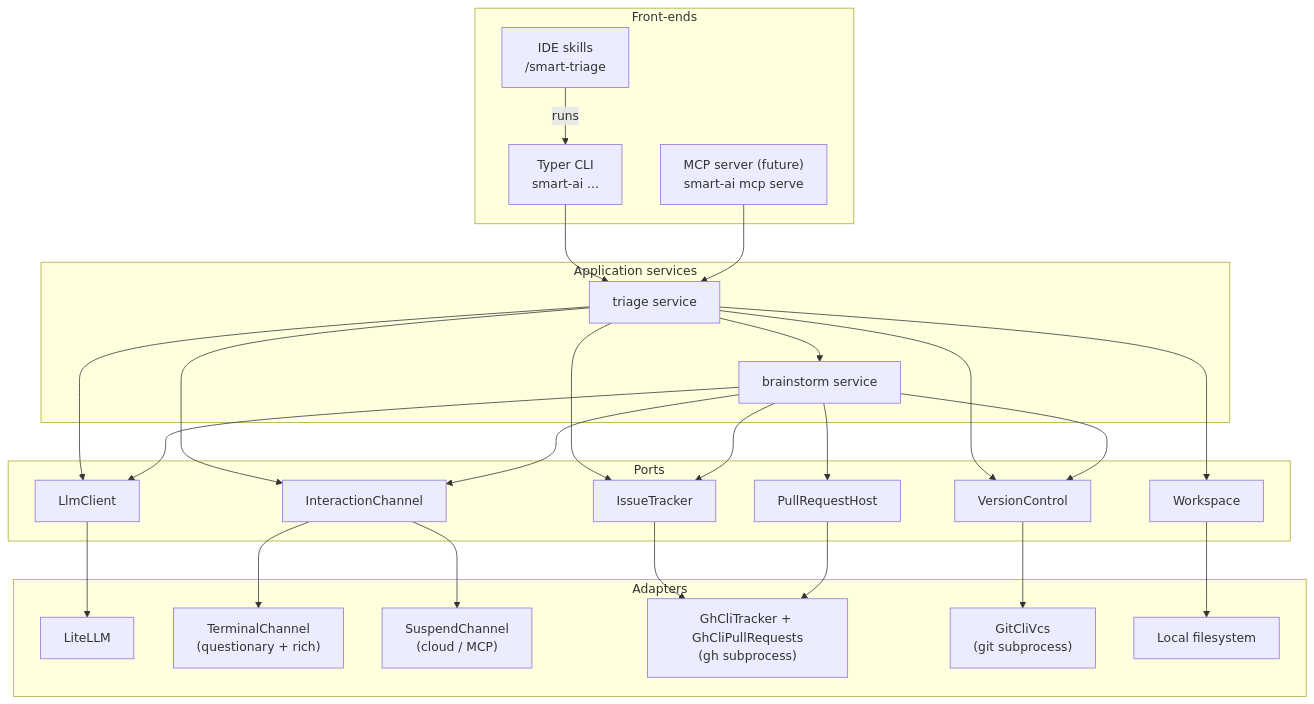
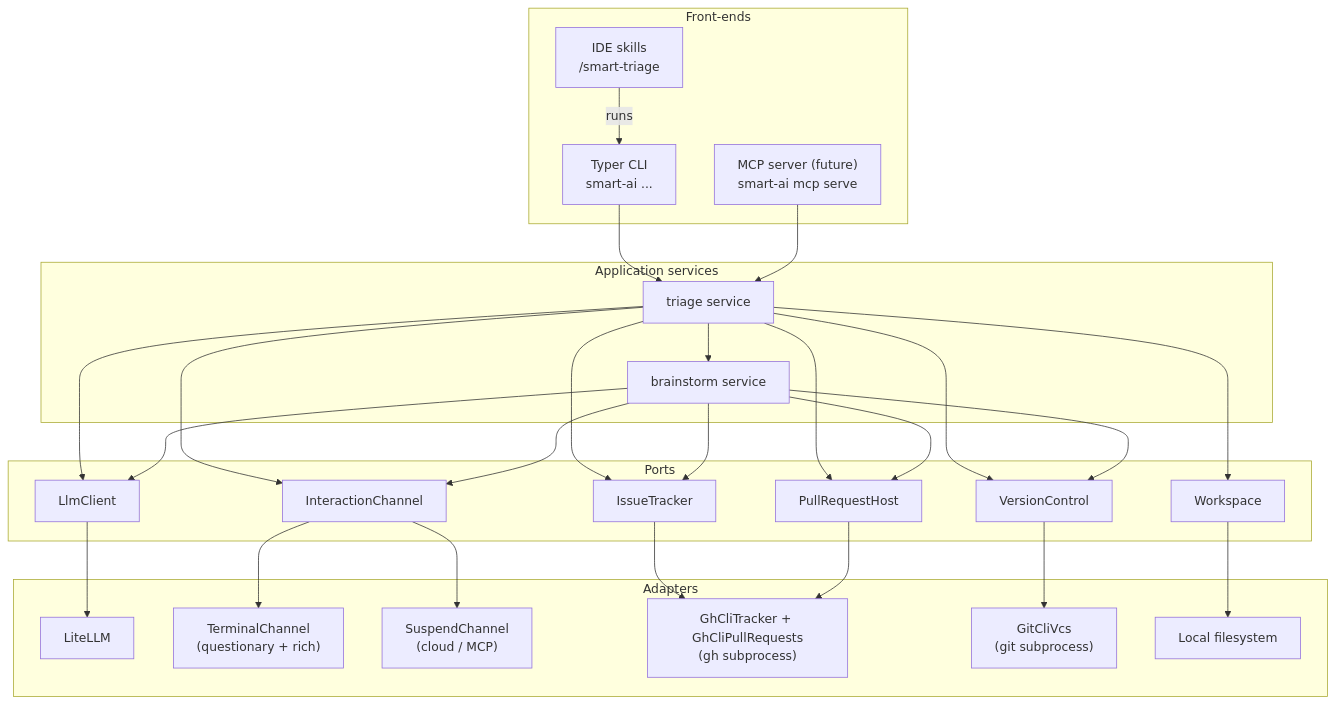
One commit to fletort/smart-ai-factory changed the diagram in docs/specs/cli_core.md. Above: the diagram before and after it, drawn with Mermaid.

Commit message:
Modify TRIAGE mapping in cli_core.md
Updated the TRIAGE mapping to include PRH instead of LLM.

````diff
--- a/docs/specs/cli_core.md
+++ b/docs/specs/cli_core.md
@@ -23,43 +23,43 @@
 ```mermaid
 graph TD
     subgraph "Front-ends"
         CLI["Typer CLI<br/>smart-ai ..."]
         MCP["MCP server (future)<br/>smart-ai mcp serve"]
         SKILL["IDE skills<br/>/smart-triage"] -->|runs| CLI
     end
 
     subgraph "Application services"
         TRIAGE["triage service"]
         BRAIN["brainstorm service"]
     end
 
     subgraph "Ports"
         LLM["LlmClient"]
         INTER["InteractionChannel"]
         TRACK["IssueTracker"]
         PRH["PullRequestHost"]
         VCS["VersionControl"]
         WS["Workspace"]
     end
 
     subgraph "Adapters"
         LITE["LiteLLM"]
         TTY["TerminalChannel<br/>(questionary + rich)"]
         HEAD["SuspendChannel<br/>(cloud / MCP)"]
         GH["GhCliTracker + GhCliPullRequests<br/>(gh subprocess)"]
         GIT["GitCliVcs<br/>(git subprocess)"]
         FS["Local filesystem"]
     end
 
     CLI --> TRIAGE
     MCP --> TRIAGE
     TRIAGE --> BRAIN
-    TRIAGE --> LLM & INTER & TRACK & VCS & WS
+    TRIAGE --> LLM & INTER & TRACK & PRH & VCS & WS
     BRAIN --> LLM & INTER & TRACK & PRH & VCS
     LLM --> LITE
     INTER --> TTY & HEAD
     TRACK --> GH
     PRH --> GH
     VCS --> GIT
     WS --> FS
 ```
````
